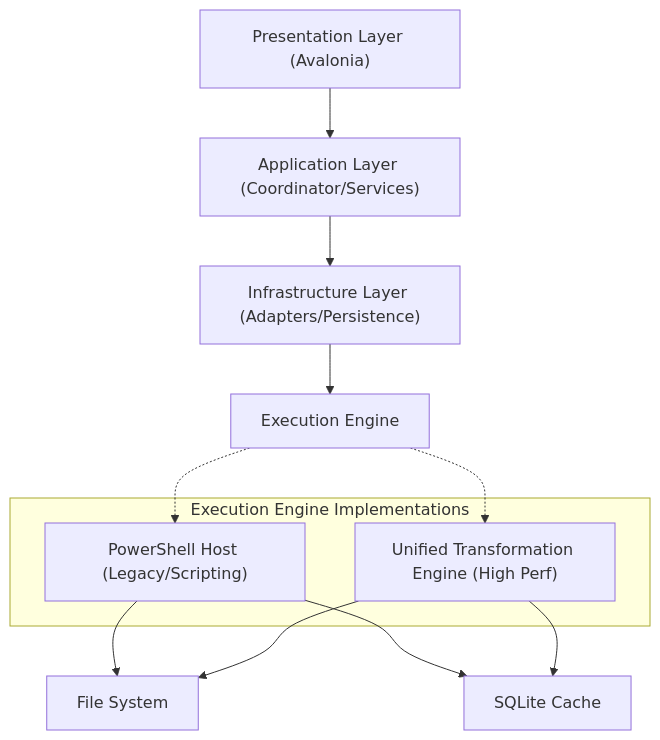
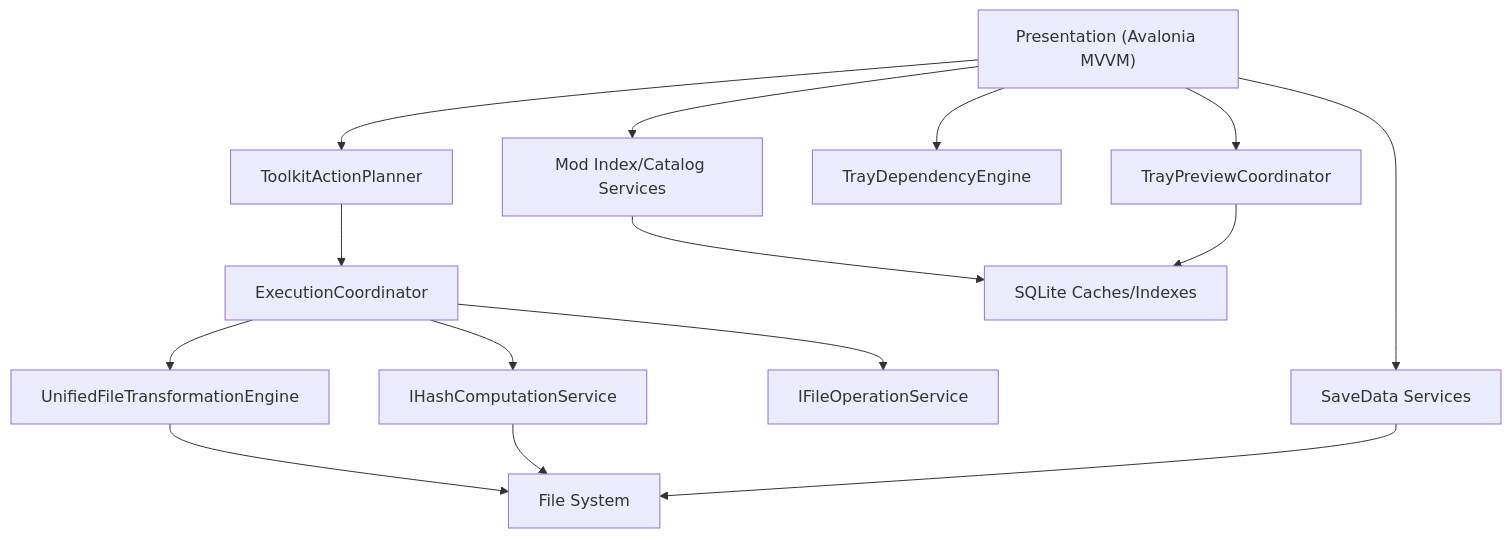
Before and after one commit to Azvf/SimsToolkit: the diagram in README.md, drawn with Mermaid. The commit also changed other lines of this file and 82 other files, not shown here.

````diff
--- a/README.md
+++ b/README.md
@@ -51,19 +42,19 @@
 ```mermaid
 graph TD
-    UI["Presentation Layer (Avalonia)"] --> App["Application Layer (Coordinator/Services)"]
-    App --> Infra["Infrastructure Layer (Adapters/Persistence)"]
-    Infra --> Engine["Execution Engine"]
-    
-    subgraph EngineImpl ["Execution Engine Implementations"]
-        PS["PowerShell Host (Legacy/Scripting)"]
-        Native["Unified Transformation Engine (High Perf)"]
-    end
-    
-    Engine -.-> PS
-    Engine -.-> Native
-    
-    PS --> FS["File System"]
-    Native --> FS
-    PS --> DB["SQLite Cache"]
-    Native --> DB
+    UI["Presentation (Avalonia MVVM)"] --> PLAN["ToolkitActionPlanner"]
+    PLAN --> COORD["ExecutionCoordinator"]
+    COORD --> UFT["UnifiedFileTransformationEngine"]
+    COORD --> HASH["IHashComputationService"]
+    COORD --> FILE["IFileOperationService"]
+
+    UI --> TRAYPREVIEW["TrayPreviewCoordinator"]
+    UI --> TRAYDEP["TrayDependencyEngine"]
+    UI --> MODS["Mod Index/Catalog Services"]
+    UI --> SAVE["SaveData Services"]
+
+    UFT --> FS["File System"]
+    HASH --> FS
+    MODS --> SQLITE["SQLite Caches/Indexes"]
+    TRAYPREVIEW --> SQLITE
+    SAVE --> FS
 ```
````
